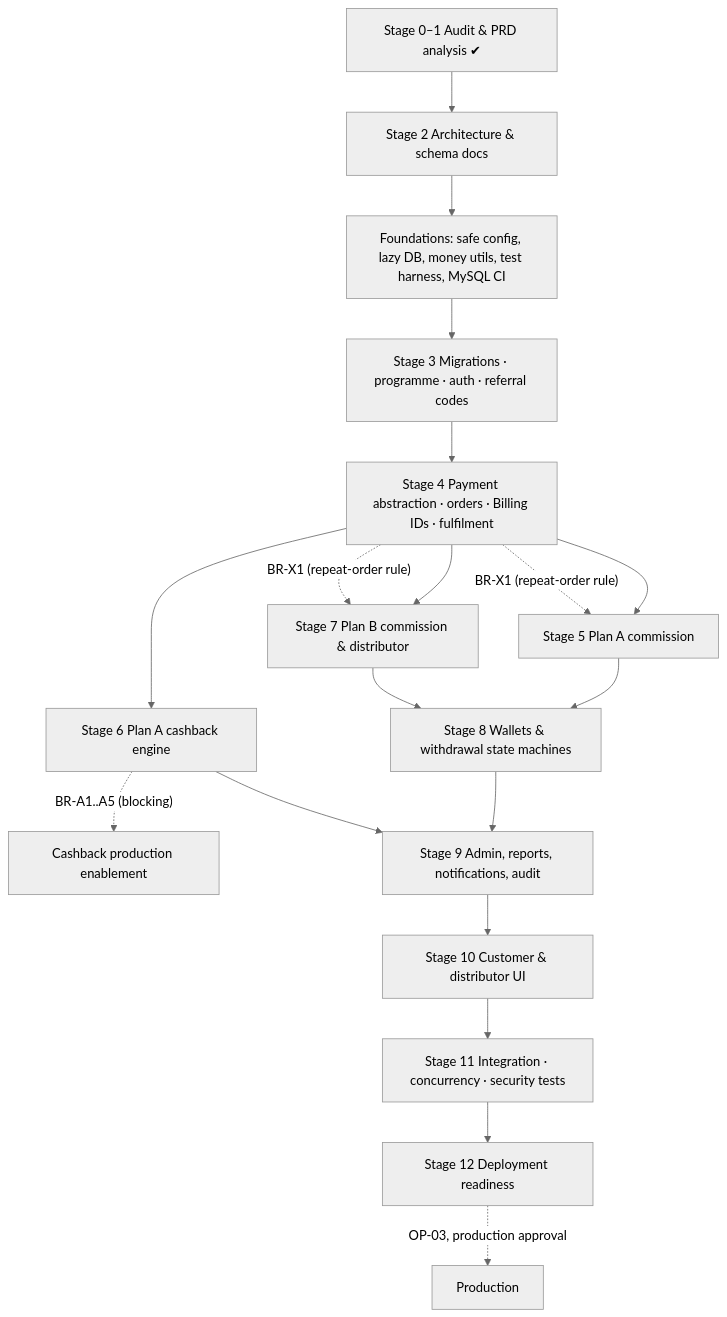
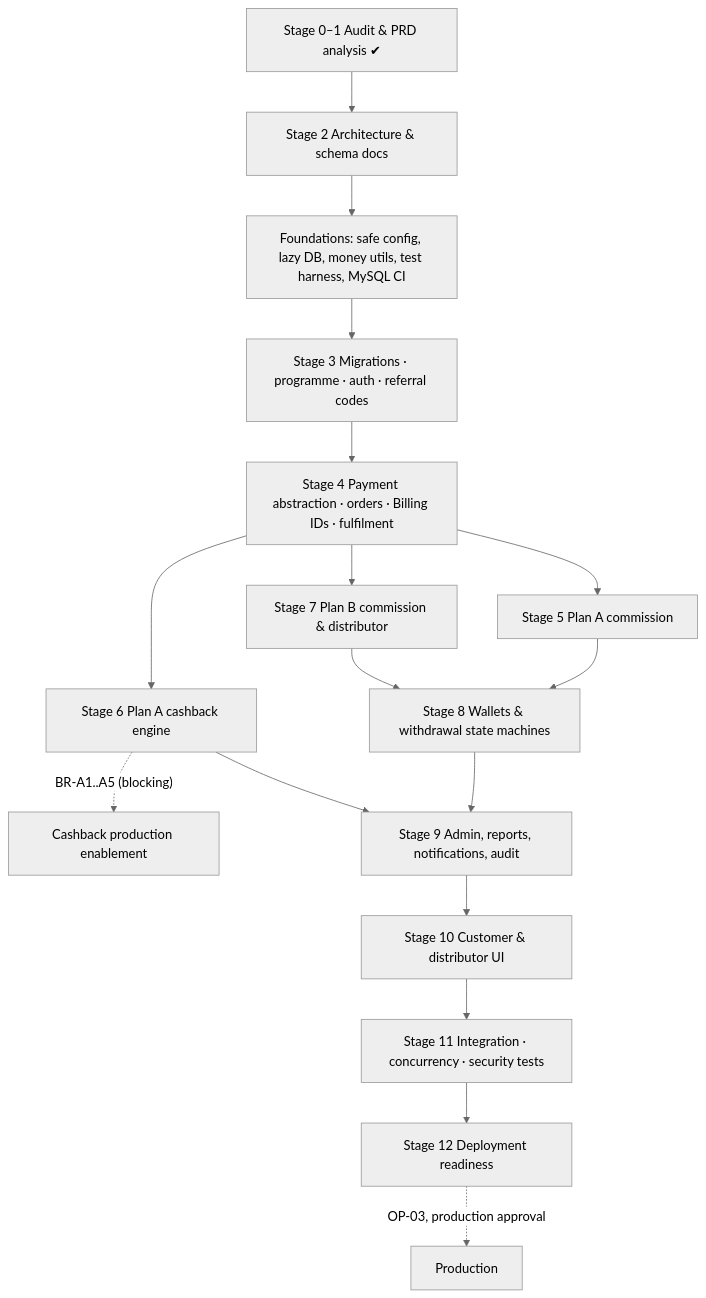
The sixth of 6 diagrams in docs/arya-global-final/04_IMPLEMENTATION_ROADMAP.md (hiteshkumarh/ShopEasy), drawn with Mermaid (neutral theme) before and after one commit. The commit also changed other lines of this file and 4 other files, not shown here.

````diff
--- a/docs/arya-global-final/04_IMPLEMENTATION_ROADMAP.md
+++ b/docs/arya-global-final/04_IMPLEMENTATION_ROADMAP.md
@@ -157,20 +157,19 @@
 ```mermaid
 flowchart TD
   S0[Stage 0–1 Audit & PRD analysis ✔] --> S2[Stage 2 Architecture & schema docs]
   S2 --> F0[Foundations: safe config, lazy DB, money utils, test harness, MySQL CI]
   F0 --> S3[Stage 3 Migrations · programme · auth · referral codes]
   S3 --> S4[Stage 4 Payment abstraction · orders · Billing IDs · fulfilment]
   S4 --> S5[Stage 5 Plan A commission]
   S4 --> S7[Stage 7 Plan B commission & distributor]
-  S4 -. "BR-X1 (repeat-order rule)" .-> S5 & S7
   S5 --> S8[Stage 8 Wallets & withdrawal state machines]
   S7 --> S8
   S4 --> S6[Stage 6 Plan A cashback engine]
   S6 -. "BR-A1..A5 (blocking)" .-> S6P[Cashback production enablement]
   S8 --> S9[Stage 9 Admin, reports, notifications, audit]
   S6 --> S9
   S9 --> S10[Stage 10 Customer & distributor UI]
   S10 --> S11[Stage 11 Integration · concurrency · security tests]
   S11 --> S12[Stage 12 Deployment readiness]
   S12 -. "OP-03, production approval" .-> GO[Production]
 ```
````
